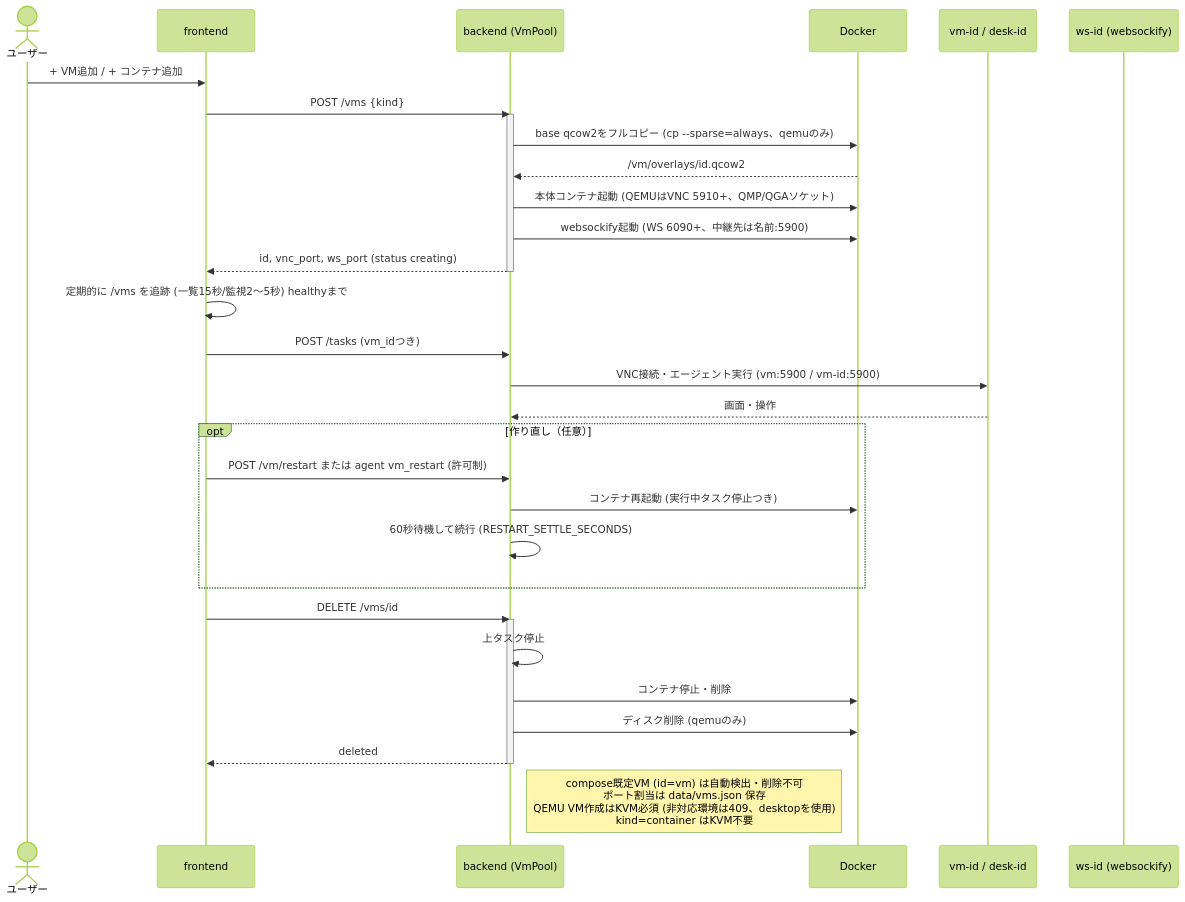
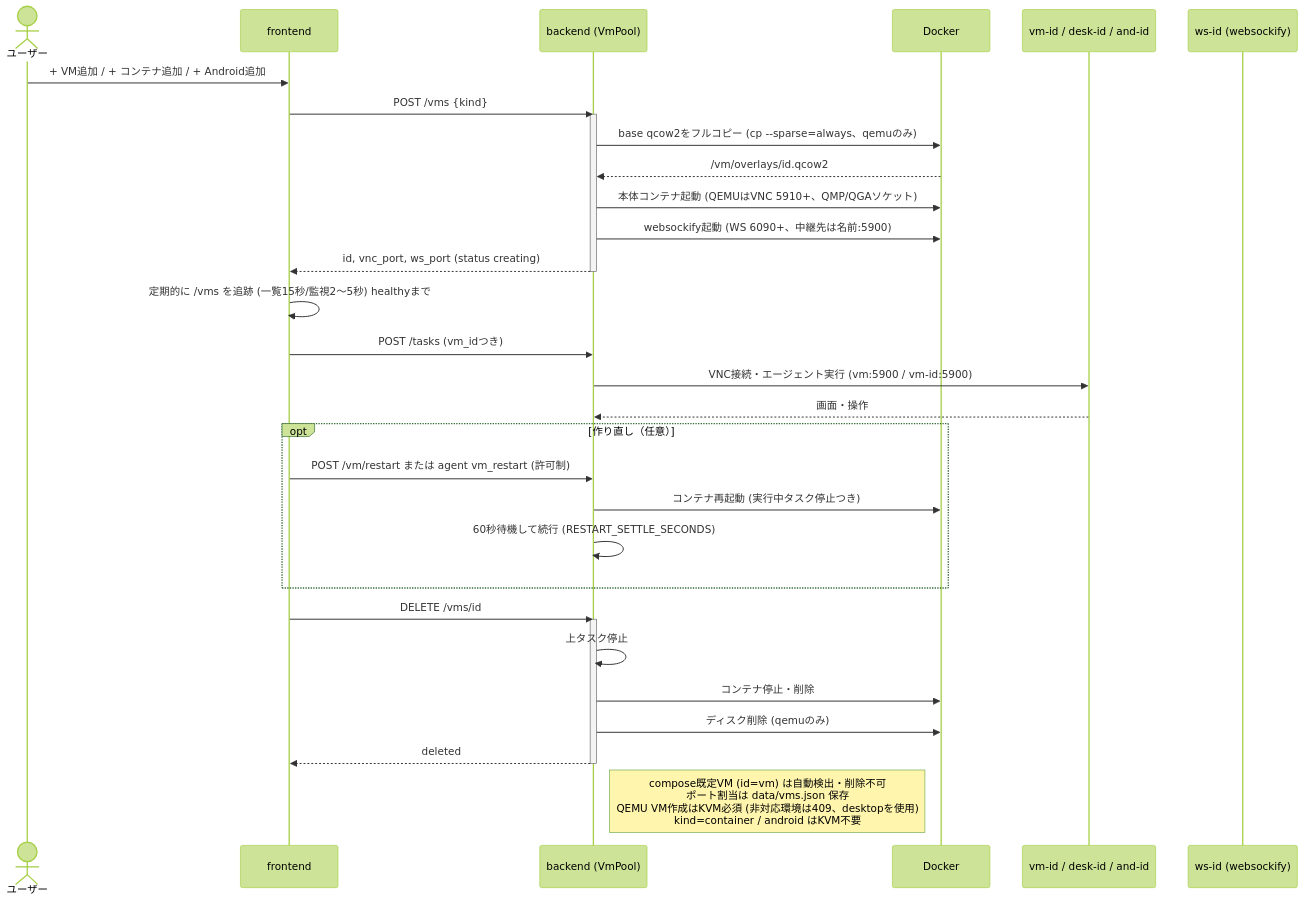
One commit to Milix-M/ai-desktop-agent changed the fourth of 4 diagrams in docs/architecture.md. Above: the diagram before and after it, drawn with Mermaid (forest theme). The commit also changed other lines of this file and 16 other files, not shown here.

````diff
--- a/docs/architecture.md
+++ b/docs/architecture.md
@@ -387,35 +395,35 @@
 ```mermaid
 sequenceDiagram
     actor U as ユーザー
     participant FE as frontend
     participant POOL as backend (VmPool)
     participant DOCKER as Docker
-    participant VM as vm-id / desk-id
+    participant VM as vm-id / desk-id / and-id
     participant WS as ws-id (websockify)
-    U->>FE: + VM追加 / + コンテナ追加
+    U->>FE: + VM追加 / + コンテナ追加 / + Android追加
     FE->>POOL: POST /vms {kind}
     activate POOL
     POOL->>DOCKER: base qcow2をフルコピー (cp --sparse=always、qemuのみ)
     DOCKER-->>POOL: /vm/overlays/id.qcow2
     POOL->>DOCKER: 本体コンテナ起動 (QEMUはVNC 5910+、QMP/QGAソケット)
     POOL->>DOCKER: websockify起動 (WS 6090+、中継先は名前:5900)
     POOL-->>FE: id, vnc_port, ws_port (status creating)
     deactivate POOL
     FE->>FE: 定期的に /vms を追跡 (一覧15秒/監視2〜5秒) healthyまで
     FE->>POOL: POST /tasks (vm_idつき)
     POOL->>VM: VNC接続・エージェント実行 (vm:5900 / vm-id:5900)
     VM-->>POOL: 画面・操作
     opt 作り直し（任意）
         FE->>POOL: POST /vm/restart または agent vm_restart (許可制)
         POOL->>DOCKER: コンテナ再起動 (実行中タスク停止つき)
         POOL->>POOL: 60秒待機して続行 (RESTART_SETTLE_SECONDS)
     end
     FE->>POOL: DELETE /vms/id
     activate POOL
     POOL->>POOL: 上タスク停止
     POOL->>DOCKER: コンテナ停止・削除
     POOL->>DOCKER: ディスク削除 (qemuのみ)
     POOL-->>FE: deleted
     deactivate POOL
-    Note right of POOL: compose既定VM (id=vm) は自動検出・削除不可<br/>ポート割当は data/vms.json 保存<br/>QEMU VM作成はKVM必須 (非対応環境は409、desktopを使用)<br/>kind=container はKVM不要
+    Note right of POOL: compose既定VM (id=vm) は自動検出・削除不可<br/>ポート割当は data/vms.json 保存<br/>QEMU VM作成はKVM必須 (非対応環境は409、desktopを使用)<br/>kind=container / android はKVM不要
 ```
````
